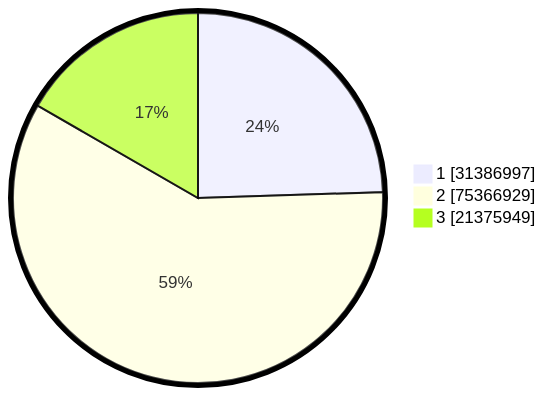
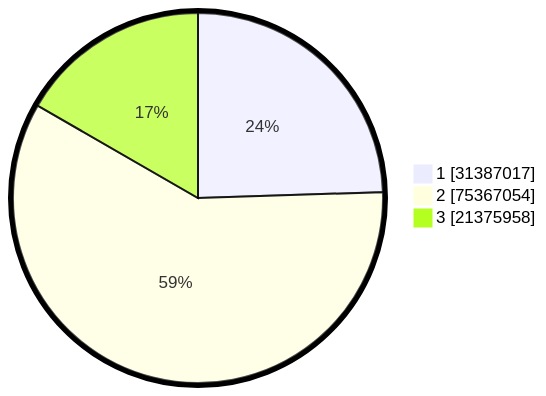
The second of 2 diagrams in pilpres/hitung-suara/README.md (gigit-pemilu/pemilu-2024), drawn with Mermaid before and after one commit. The commit also changed other lines of this file and 5 other files, not shown here.

````diff
--- a/pilpres/hitung-suara/README.md
+++ b/pilpres/hitung-suara/README.md
@@ -93,7 +93,7 @@
 ```mermaid
 %%{init: {"pie": {"textPosition": 0.5}, "themeVariables": {"pieOuterStrokeWidth": "5px"}} }%%
 pie showData
-    "1" : 31386997
-    "2" : 75366929
-    "3" : 21375949
+    "1" : 31387017
+    "2" : 75367054
+    "3" : 21375958
 ```
````
